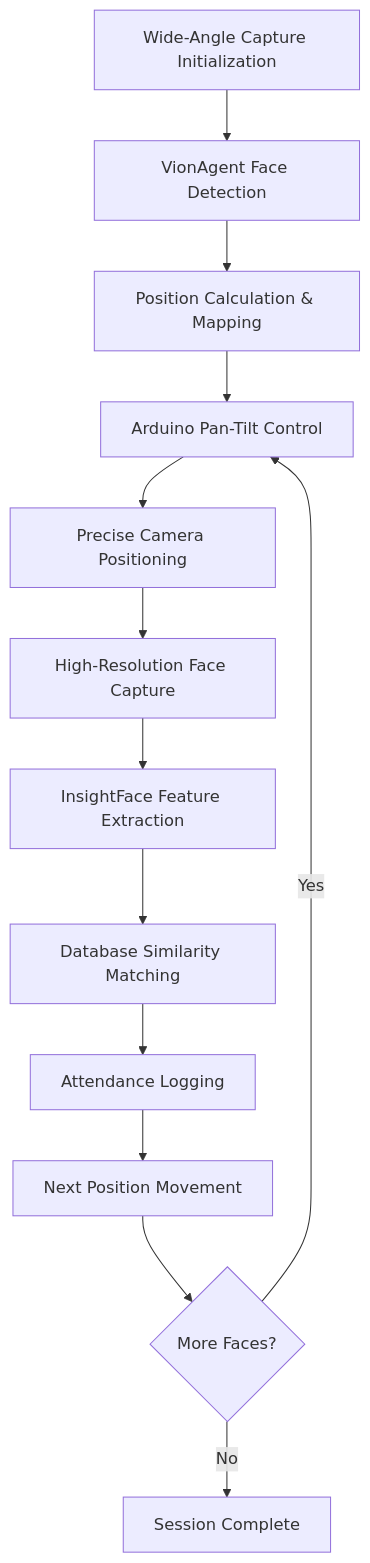
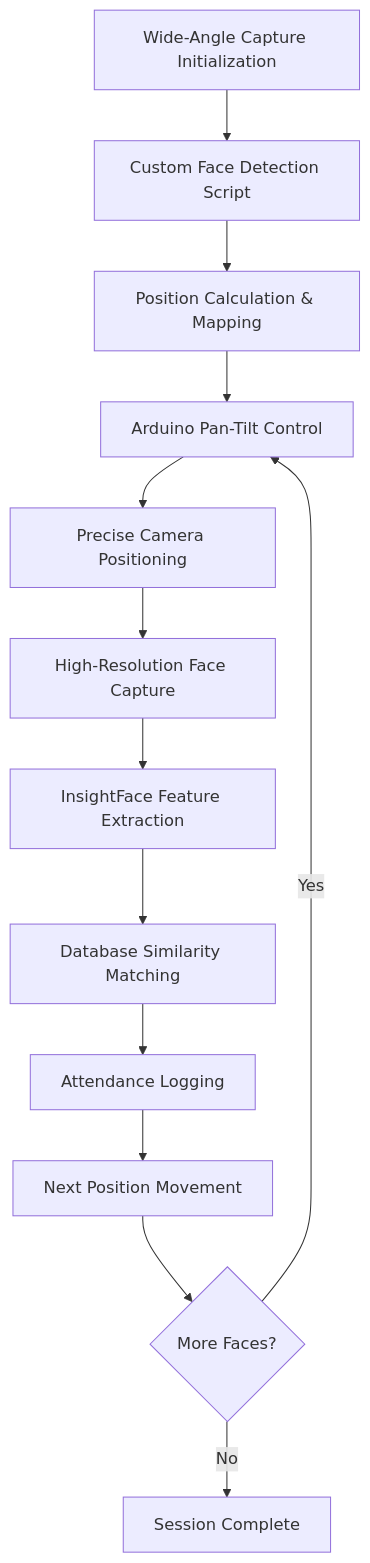
One commit to moamen1358/attendance-cv changed the diagram in METHODOLOGY.md. Above: the diagram before and after it, drawn with Mermaid. The commit also changed other lines of this file and 8 other files, not shown here.

````diff
--- a/METHODOLOGY.md
+++ b/METHODOLOGY.md
@@ -56,15 +56,15 @@
 ```mermaid
 graph TD
-    A[Wide-Angle Capture Initialization] --> B[VionAgent Face Detection]
+    A[Wide-Angle Capture Initialization] --> B[Custom Face Detection Script]
     B --> C[Position Calculation & Mapping]
     C --> D[Arduino Pan-Tilt Control]
     D --> E[Precise Camera Positioning]
     E --> F[High-Resolution Face Capture]
     F --> G[InsightFace Feature Extraction]
     G --> H[Database Similarity Matching]
     H --> I[Attendance Logging]
     I --> J[Next Position Movement]
     J --> K{More Faces?}
     K -->|Yes| D
     K -->|No| L[Session Complete]
 ```
````
